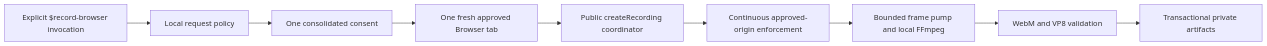
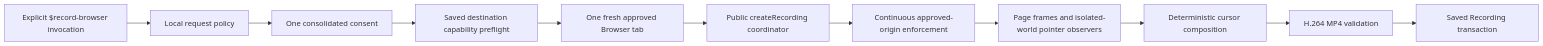
Before and after one commit to flsteven87/codex-browser-recorder: the diagram in README.md, drawn with Mermaid. The commit also changed other lines of this file and 45 other files, not shown here.

First line of the commit message:
feat: ship cursor-complete H.264 browser recordings (#8)

````diff
--- a/README.md
+++ b/README.md
@@ -154,11 +169,13 @@
 ```mermaid
 flowchart LR
     U["Explicit $record-browser invocation"] --> P["Local request policy"]
     P --> C["One consolidated consent"]
-    C --> B["One fresh approved Browser tab"]
+    C --> D["Saved destination capability preflight"]
+    D --> B["One fresh approved Browser tab"]
     B --> R["Public createRecording coordinator"]
     R --> O["Continuous approved-origin enforcement"]
-    O --> F["Bounded frame pump and local FFmpeg"]
-    F --> V["WebM and VP8 validation"]
-    V --> A["Transactional private artifacts"]
+    O --> F["Page frames and isolated-world pointer observers"]
+    F --> C2["Deterministic cursor composition"]
+    C2 --> V["H.264 MP4 validation"]
+    V --> A["Saved Recording transaction"]
 ```
````
